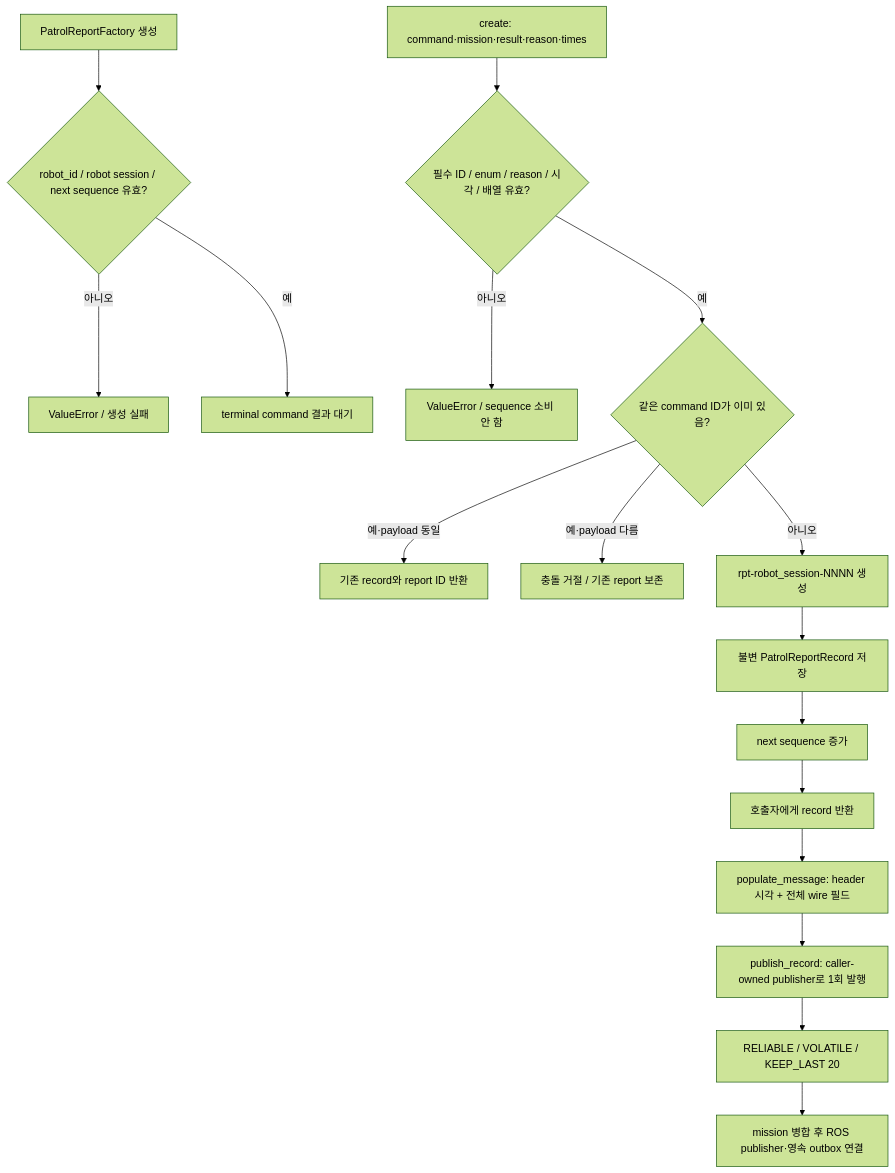
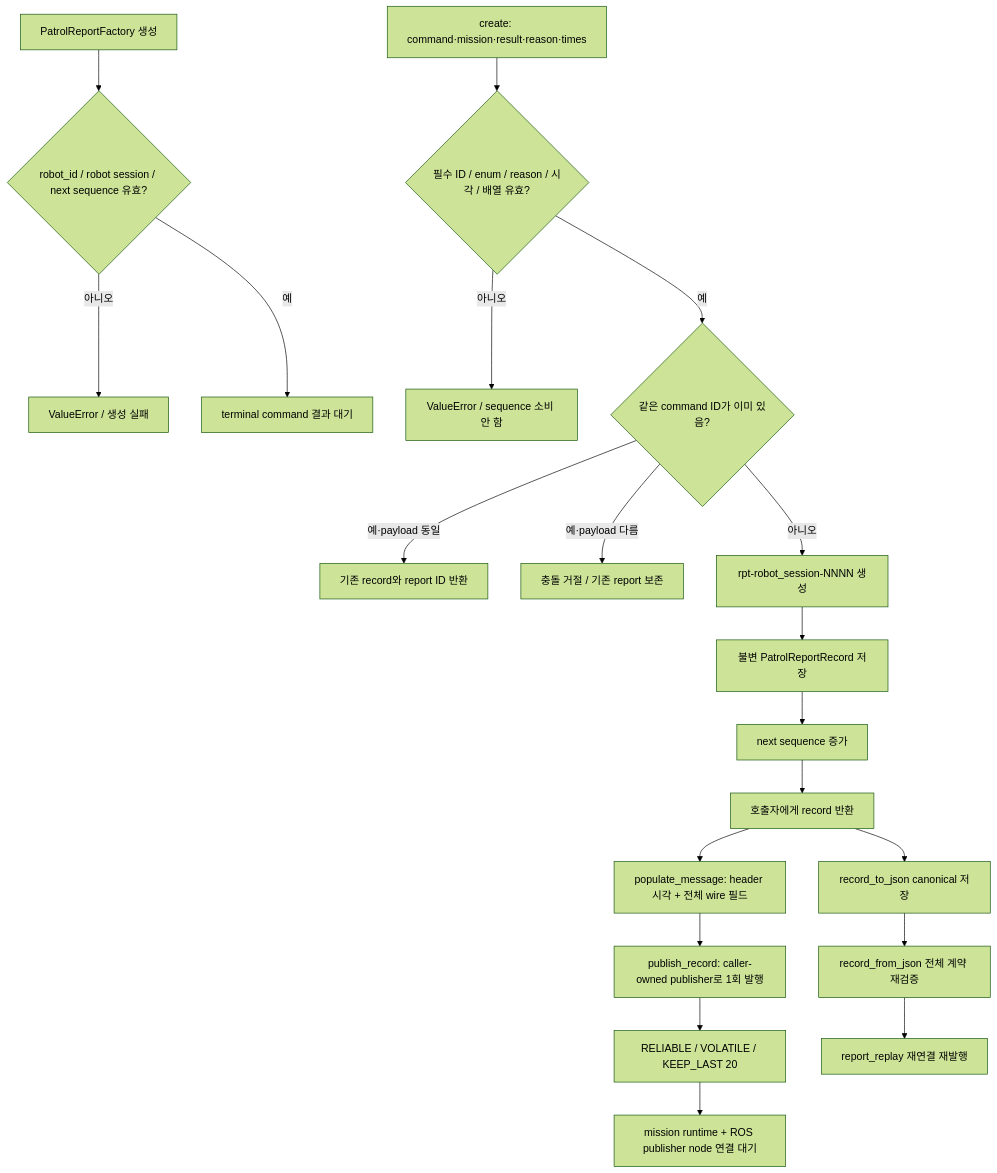
One commit to suuuhululu/patrol changed diagram 20 of 21 in docs/amr.md. Above: the diagram before and after it, drawn with Mermaid (forest theme). The commit also changed other lines of this file and 29 other files, not shown here.

```diff
--- a/docs/amr.md
+++ b/docs/amr.md
@@ -618,19 +840,22 @@
 ~~~mermaid
 flowchart TD
     START[PatrolReportFactory 생성] --> CFG{robot_id / robot session / next sequence 유효?}
     CFG -->|아니오| FAIL[ValueError / 생성 실패]
     CFG -->|예| WAIT[terminal command 결과 대기]
     INPUT[create: command·mission·result·reason·times] --> VALIDATE{필수 ID / enum / reason / 시각 / 배열 유효?}
     VALIDATE -->|아니오| REJECT[ValueError / sequence 소비 안 함]
     VALIDATE -->|예| DUP{같은 command ID가 이미 있음?}
     DUP -->|예·payload 동일| REUSE[기존 record와 report ID 반환]
     DUP -->|예·payload 다름| CONFLICT[충돌 거절 / 기존 report 보존]
     DUP -->|아니오| ID[rpt-robot_session-NNNN 생성]
     ID --> RECORD[불변 PatrolReportRecord 저장]
     RECORD --> NEXT[next sequence 증가]
     NEXT --> RETURN[호출자에게 record 반환]
     RETURN --> MAP[populate_message: header 시각 + 전체 wire 필드]
     MAP --> EMIT[publish_record: caller-owned publisher로 1회 발행]
     EMIT --> QOS[RELIABLE / VOLATILE / KEEP_LAST 20]
-    QOS --> PENDING[mission 병합 후 ROS publisher·영속 outbox 연결]
+    RETURN --> JSON[record_to_json canonical 저장]
+    JSON --> RESTORE[record_from_json 전체 계약 재검증]
+    QOS --> PENDING[mission runtime + ROS publisher node 연결 대기]
+    RESTORE --> REPLAY[report_replay 재연결 재발행]
 ~~~
```
